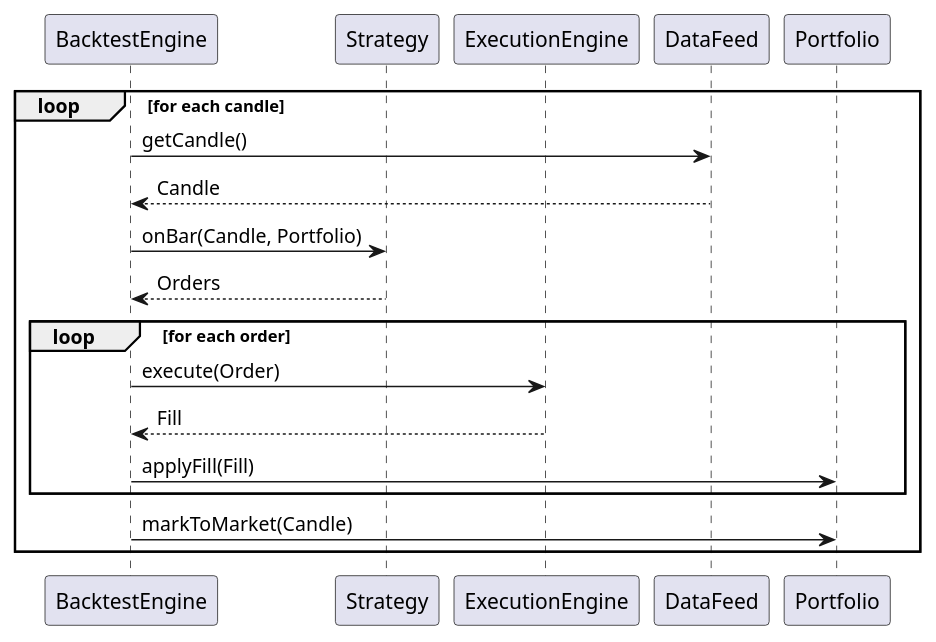
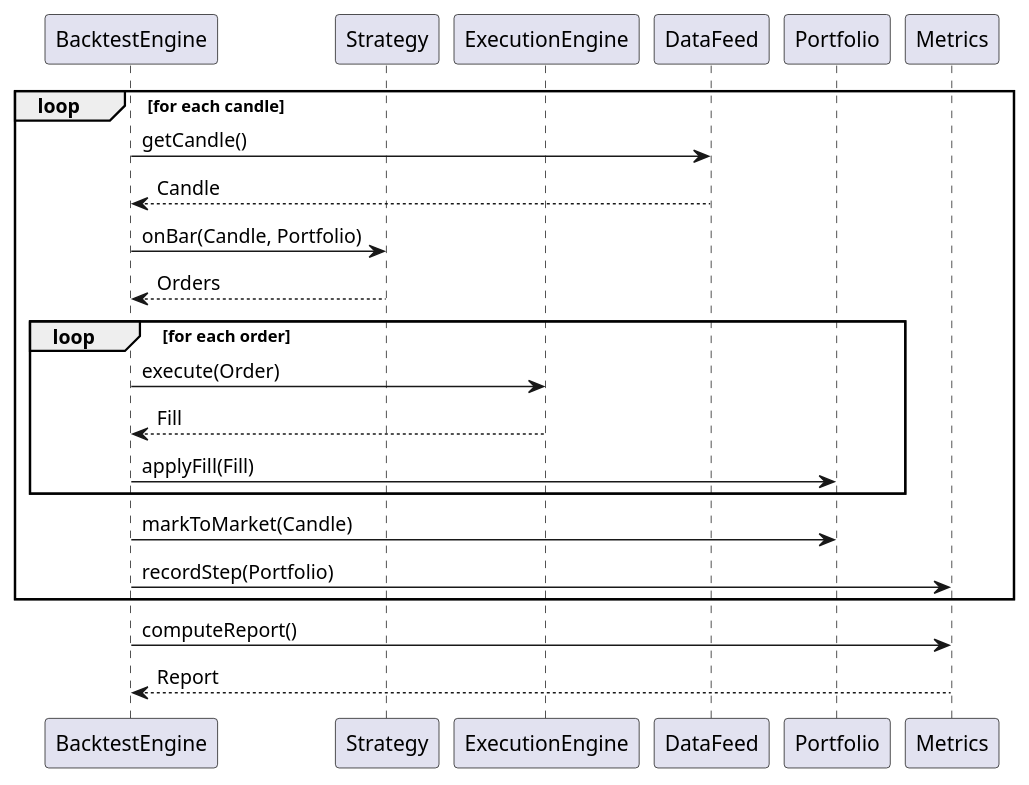
The diagram in backtestEngineSequence.puml (lj314159/backTester), drawn with PlantUML before and after one commit.

Commit message:
updated sequence diagram

```diff
--- a/backtestEngineSequence.puml
+++ b/backtestEngineSequence.puml
@@ -1,27 +1,33 @@
 @startuml
 skinparam classAttributeIconSize 0
 skinparam linetype ortho
 
 participant BacktestEngine as Engine
 participant Strategy as Strategy
 participant ExecutionEngine as Exec
 participant DataFeed as Feed
 participant Portfolio as Portfolio
+participant Metrics as Metrics
 
 loop for each candle
     Engine -> Feed: getCandle()
     Feed --> Engine: Candle
 
     Engine -> Strategy: onBar(Candle, Portfolio)
     Strategy --> Engine: Orders
 
     loop for each order
         Engine -> Exec: execute(Order)
         Exec --> Engine: Fill
         Engine -> Portfolio: applyFill(Fill)
     end
 
     Engine -> Portfolio: markToMarket(Candle)
+    Engine -> Metrics: recordStep(Portfolio)
 end
+Engine -> Metrics: computeReport()
+Metrics --> Engine: Report
+
+
 
 @enduml
```
